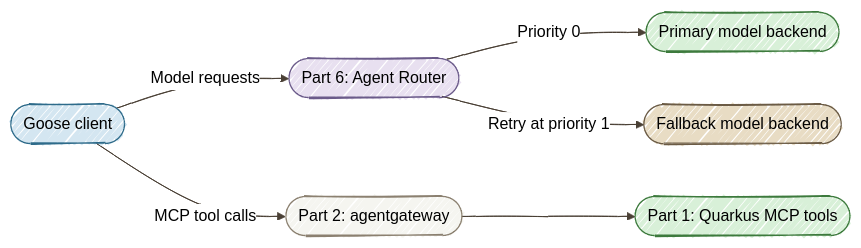
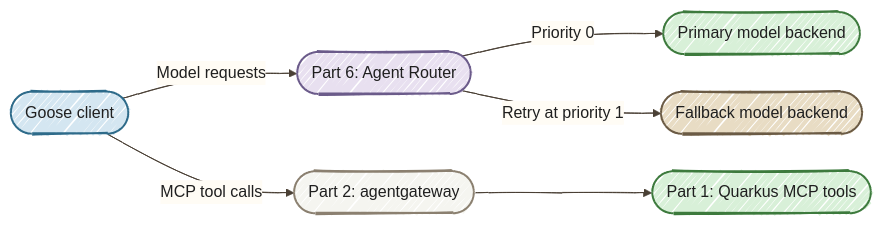
The first of 3 diagrams in docs/tutorials/06-model-routing.md (danieloh30/governed-agent-platform), drawn with Mermaid before and after one commit. The commit also changed other lines of this file and 14 other files, not shown here.

Commit message:
Improve Mermaid readability in light and dark modes

````diff
--- a/docs/tutorials/06-model-routing.md
+++ b/docs/tutorials/06-model-routing.md
@@ -46,15 +46,15 @@
 ```mermaid
-%%{init: {'look':'handDrawn','theme':'neutral','themeVariables': {'lineColor':'#4A4035'}}}%%
+%%{init: {"look":"handDrawn","theme":"base","themeVariables":{"darkMode":false,"background":"#FFFCF5","primaryColor":"#D4E6F1","primaryBorderColor":"#2E6B8A","primaryTextColor":"#1F1F1F","secondaryColor":"#D8F0D8","secondaryTextColor":"#1F1F1F","tertiaryColor":"#E8DCC4","tertiaryTextColor":"#1F1F1F","textColor":"#1F1F1F","lineColor":"#4A4035","edgeLabelBackground":"#FFFCF5","clusterBkg":"#F5F5F0","clusterBorder":"#6B5B45","fontSize":"16px","actorBkg":"#D4E6F1","actorBorder":"#2E6B8A","actorTextColor":"#1F1F1F","actorLineColor":"#6B5B45","signalColor":"#4A4035","signalTextColor":"#1F1F1F"},"flowchart":{"nodeSpacing":35,"rankSpacing":55,"padding":18}}}%%
 flowchart LR
     G([Goose client]) -->|Model requests| AR([Part 6: Agent Router])
     AR -->|Priority 0| P([Primary model backend])
     AR -->|Retry at priority 1| F([Fallback model backend])
     G -->|MCP tool calls| AG([Part 2: agentgateway])
     AG --> MCP([Part 1: Quarkus MCP tools])
-    style G fill:#D4E6F1,stroke:#2E6B8A
-    style AR fill:#E8E0F0,stroke:#6B5B8A
-    style AG fill:#F5F5F0,stroke:#8B8070
-    style MCP fill:#D8F0D8,stroke:#3D7A3D
-    style P fill:#D8F0D8,stroke:#3D7A3D
-    style F fill:#E8DCC4,stroke:#6B5B45
+    style G fill:#D4E6F1,stroke:#2E6B8A,color:#1F1F1F,stroke-width:2px
+    style AR fill:#E8E0F0,stroke:#6B5B8A,color:#1F1F1F,stroke-width:2px
+    style AG fill:#F5F5F0,stroke:#8B8070,color:#1F1F1F,stroke-width:2px
+    style MCP fill:#D8F0D8,stroke:#3D7A3D,color:#1F1F1F,stroke-width:2px
+    style P fill:#D8F0D8,stroke:#3D7A3D,color:#1F1F1F,stroke-width:2px
+    style F fill:#E8DCC4,stroke:#6B5B45,color:#1F1F1F,stroke-width:2px
 ```
````
